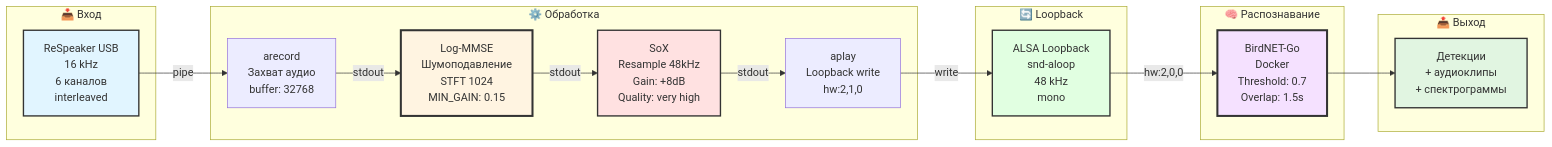
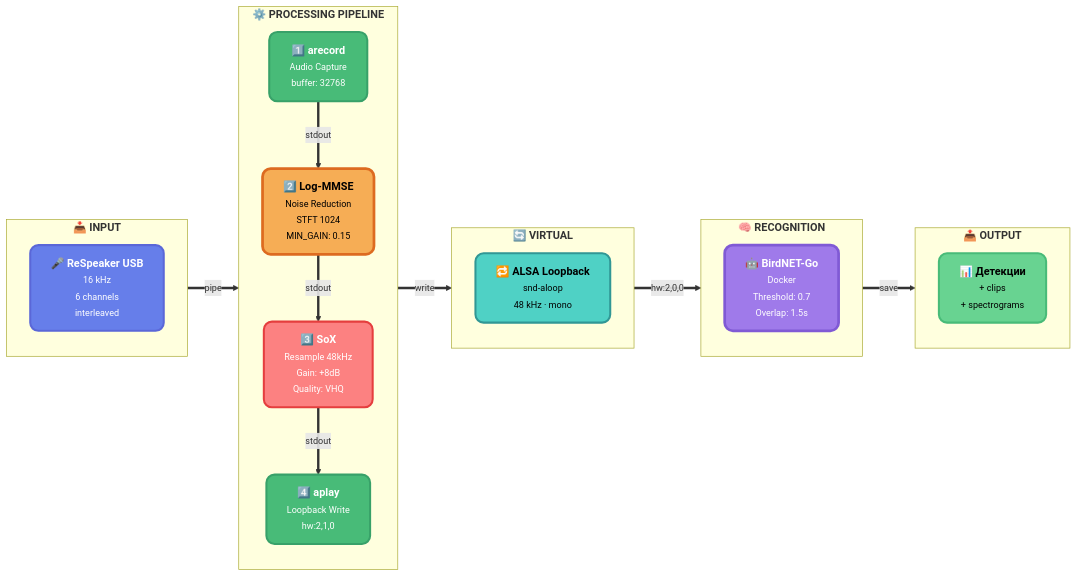
The second of 2 diagrams in article.md (Gfermoto/birdnet_odas), drawn with Mermaid before and after one commit. The commit also changed other lines of this file and 3 other files, not shown here.

First line of the commit message:
design: профессиональный редизайн всех диаграмм

````diff
--- a/article.md
+++ b/article.md
@@ -157,40 +164,56 @@
 ```mermaid
+%%{init: {'theme':'base', 'themeVariables': { 'fontSize':'14px', 'fontFamily':'system-ui, -apple-system, "Segoe UI", Roboto, sans-serif'}}}%%
 flowchart LR
-    subgraph Input["📥 Вход"]
-        A[ReSpeaker USB<br/>16 kHz<br/>6 каналов<br/>interleaved]
+    subgraph IN["<b>📥 INPUT</b>"]
+        direction TB
+        A["<b>🎤 ReSpeaker USB</b><br/><small>16 kHz<br/>6 channels<br/>interleaved</small>"]
     end
     
-    subgraph Processing["⚙️ Обработка"]
-        B[arecord<br/>Захват аудио<br/>buffer: 32768]
-        C[Log-MMSE<br/>Шумоподавление<br/>STFT 1024<br/>MIN_GAIN: 0.15]
-        D[SoX<br/>Resample 48kHz<br/>Gain: +8dB<br/>Quality: very high]
-        E[aplay<br/>Loopback write<br/>hw:2,1,0]
+    subgraph PROC["<b>⚙️ PROCESSING PIPELINE</b>"]
+        direction TB
+        B["<b>1️⃣ arecord</b><br/><small>Audio Capture<br/>buffer: 32768</small>"]
+        C["<b>2️⃣ Log-MMSE</b><br/><small>Noise Reduction<br/>STFT 1024<br/>MIN_GAIN: 0.15</small>"]
+        D["<b>3️⃣ SoX</b><br/><small>Resample 48kHz<br/>Gain: +8dB<br/>Quality: VHQ</small>"]
+        E["<b>4️⃣ aplay</b><br/><small>Loopback Write<br/>hw:2,1,0</small>"]
     end
     
-    subgraph Loopback["🔄 Loopback"]
-        F[ALSA Loopback<br/>snd-aloop<br/>48 kHz<br/>mono]
+    subgraph LOOP["<b>🔄 VIRTUAL</b>"]
+        direction TB
+        F["<b>🔁 ALSA Loopback</b><br/><small>snd-aloop<br/>48 kHz · mono</small>"]
     end
     
-    subgraph Recognition["🧠 Распознавание"]
-        G[BirdNET-Go<br/>Docker<br/>Threshold: 0.7<br/>Overlap: 1.5s]
+    subgraph AI["<b>🧠 RECOGNITION</b>"]
+        direction TB
+        G["<b>🤖 BirdNET-Go</b><br/><small>Docker<br/>Threshold: 0.7<br/>Overlap: 1.5s</small>"]
     end
     
-    subgraph Output["📤 Выход"]
-        H[Детекции<br/>+ аудиоклипы<br/>+ спектрограммы]
+    subgraph OUTDATA["<b>📤 OUTPUT</b>"]
+        direction TB
+        H["<b>📊 Детекции</b><br/><small>+ clips<br/>+ spectrograms</small>"]
     end
     
-    A -->|pipe| B
-    B -->|stdout| C
-    C -->|stdout| D
-    D -->|stdout| E
-    E -->|write| F
-    F -->|hw:2,0,0| G
-    G --> H
+    A ==>|"<small>pipe</small>"| B
+    B ==>|"<small>stdout</small>"| C
+    C ==>|"<small>stdout</small>"| D
+    D ==>|"<small>stdout</small>"| E
+    E ==>|"<small>write</small>"| F
+    F ==>|"<small>hw:2,0,0</small>"| G
+    G ==>|"<small>save</small>"| H
     
-    style A fill:#e1f5ff,stroke:#333,stroke-width:2px
-    style C fill:#fff4e1,stroke:#333,stroke-width:3px
-    style D fill:#ffe1e1,stroke:#333,stroke-width:2px
-    style F fill:#e1ffe1,stroke:#333,stroke-width:2px
-    style G fill:#f5e1ff,stroke:#333,stroke-width:3px
-    style H fill:#e1f5e1,stroke:#333,stroke-width:2px
+    classDef input fill:#667EEA,stroke:#5A67D8,stroke-width:3px,color:#fff,rx:12,ry:12
+    classDef capture fill:#48BB78,stroke:#38A169,stroke-width:3px,color:#fff,rx:12,ry:12
+    classDef core fill:#F6AD55,stroke:#DD6B20,stroke-width:4px,color:#000,rx:12,ry:12
+    classDef convert fill:#FC8181,stroke:#E53E3E,stroke-width:3px,color:#fff,rx:12,ry:12
+    classDef virtual fill:#4FD1C5,stroke:#319795,stroke-width:3px,color:#000,rx:12,ry:12
+    classDef ai fill:#9F7AEA,stroke:#805AD5,stroke-width:4px,color:#fff,rx:12,ry:12
+    classDef output fill:#68D391,stroke:#48BB78,stroke-width:3px,color:#000,rx:12,ry:12
+    
+    class A input
+    class B capture
+    class C core
+    class D convert
+    class E capture
+    class F virtual
+    class G ai
+    class H output
 ```
````
